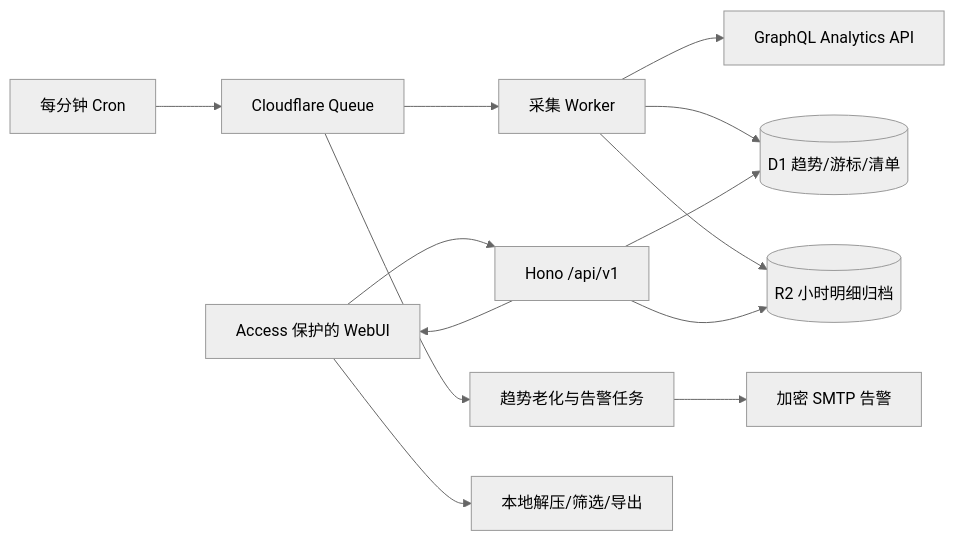
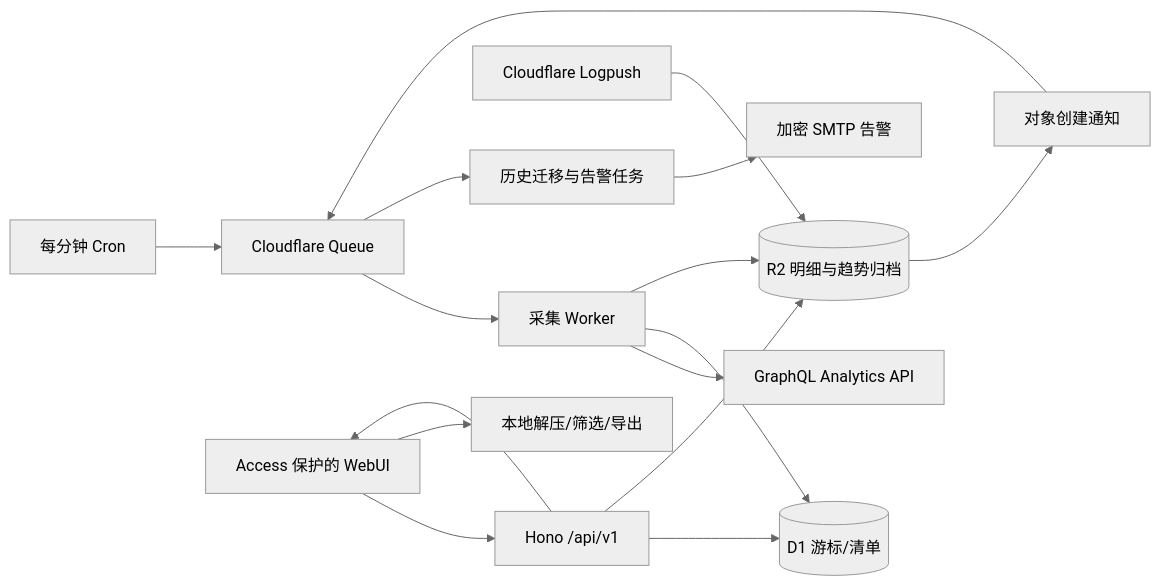
The diagram in README.md (Eric-Terminal/cf-activity-observatory), drawn with Mermaid (neutral theme) before and after one commit. The commit also changed other lines of this file and 40 other files, not shown here.

````diff
--- a/README.md
+++ b/README.md
@@ -38,15 +39,18 @@
 ```mermaid
 flowchart LR
   Cron[每分钟 Cron] --> Queue[Cloudflare Queue]
   Queue --> Collector[采集 Worker]
   Collector --> GQL[GraphQL Analytics API]
-  Collector --> D1[(D1 趋势/游标/清单)]
-  Collector --> R2[(R2 小时明细归档)]
-  Queue --> Maintenance[趋势老化与告警任务]
+  Collector --> D1[(D1 游标/清单)]
+  Collector --> R2[(R2 明细与趋势归档)]
+  Logpush[Cloudflare Logpush] --> R2
+  R2 --> Events[对象创建通知]
+  Events --> Queue
+  Queue --> Maintenance[历史迁移与告警任务]
   Browser[Access 保护的 WebUI] --> API[Hono /api/v1]
   API --> D1
   API --> R2
   API --> Browser
   Browser --> Local[本地解压/筛选/导出]
   Maintenance --> SMTP[加密 SMTP 告警]
 ```
````
